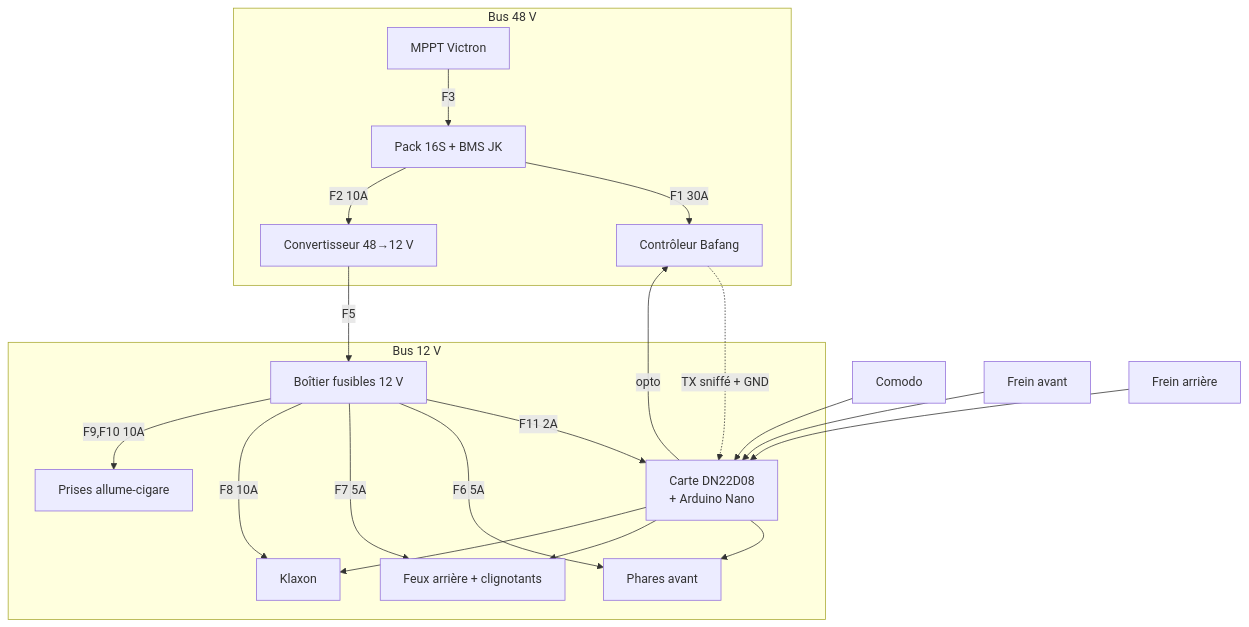
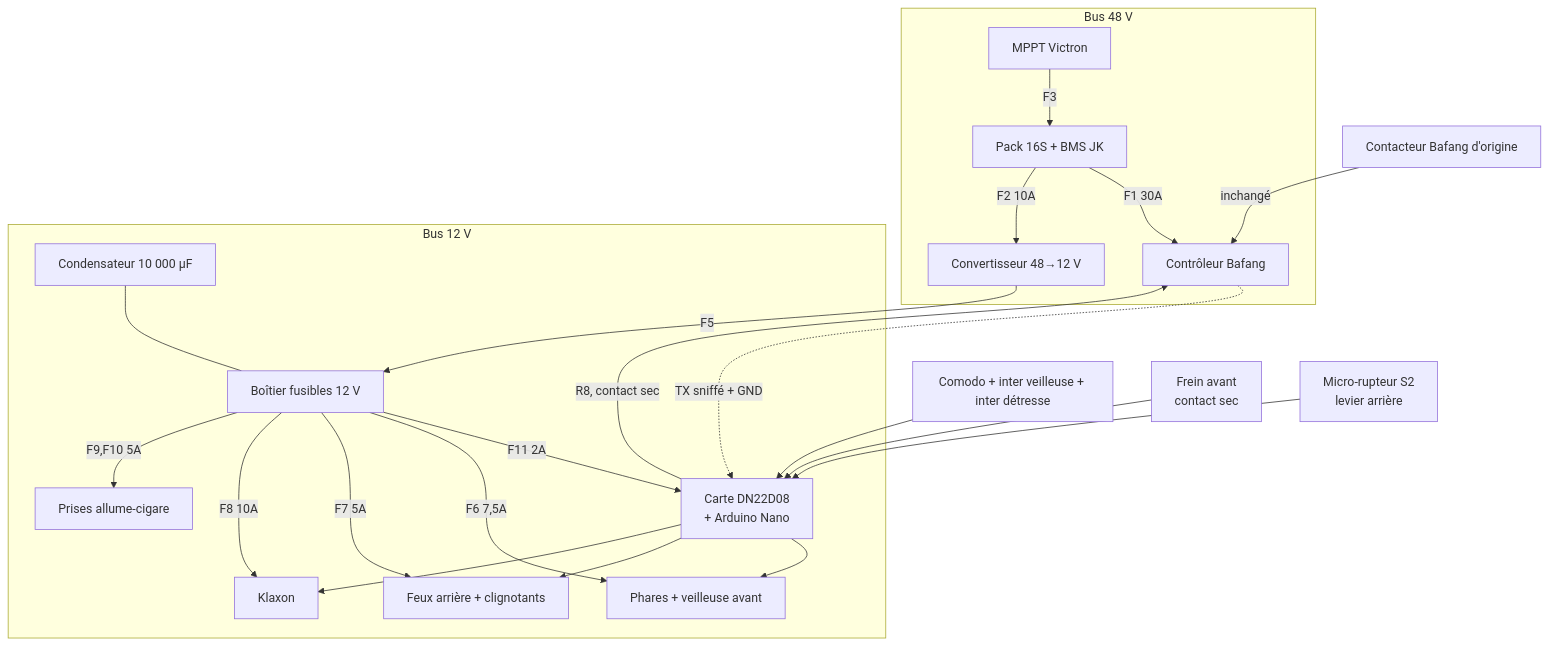
One commit to darkone-linux/vhelio-arduino changed the diagram in hardware/cablage.md. Above: the diagram before and after it, drawn with Mermaid. The commit also changed other lines of this file and 21 other files, not shown here.

````diff
--- a/hardware/cablage.md
+++ b/hardware/cablage.md
@@ -8,24 +8,26 @@
 ```mermaid
 flowchart TB
   subgraph HT["Bus 48 V"]
     PACK[Pack 16S + BMS JK] -->|F1 30A| CTRL[Contrôleur Bafang]
     PACK -->|F2 10A| CONV[Convertisseur 48→12 V]
     MPPT[MPPT Victron] -->|F3| PACK
   end
   subgraph BT["Bus 12 V"]
     CONV -->|F5| FB[Boîtier fusibles 12 V]
     FB -->|F11 2A| DN[Carte DN22D08<br/>+ Arduino Nano]
-    FB -->|F6 5A| AV[Phares avant]
+    FB -->|F6 7,5A| AV[Phares + veilleuse avant]
     FB -->|F7 5A| AR[Feux arrière + clignotants]
     FB -->|F8 10A| KL[Klaxon]
-    FB -->|F9,F10 10A| AC[Prises allume-cigare]
+    FB -->|F9,F10 5A| AC[Prises allume-cigare]
+    CT[Condensateur 10 000 µF] --- FB
   end
-  COM[Comodo] --> DN
-  FRA[Frein avant] --> DN
-  FRR[Frein arrière] --> DN
+  COM[Comodo + inter veilleuse + inter détresse] --> DN
+  FRA[Frein avant<br/>contact sec] --> DN
+  FRR[Micro-rupteur S2<br/>levier arrière] --> DN
+  CTAR[Contacteur Bafang d'origine] -->|inchangé| CTRL
   DN --> AV
   DN --> AR
   DN --> KL
-  DN -->|opto| CTRL
+  DN -->|R8, contact sec| CTRL
   CTRL -.->|TX sniffé + GND| DN
 ```
````
